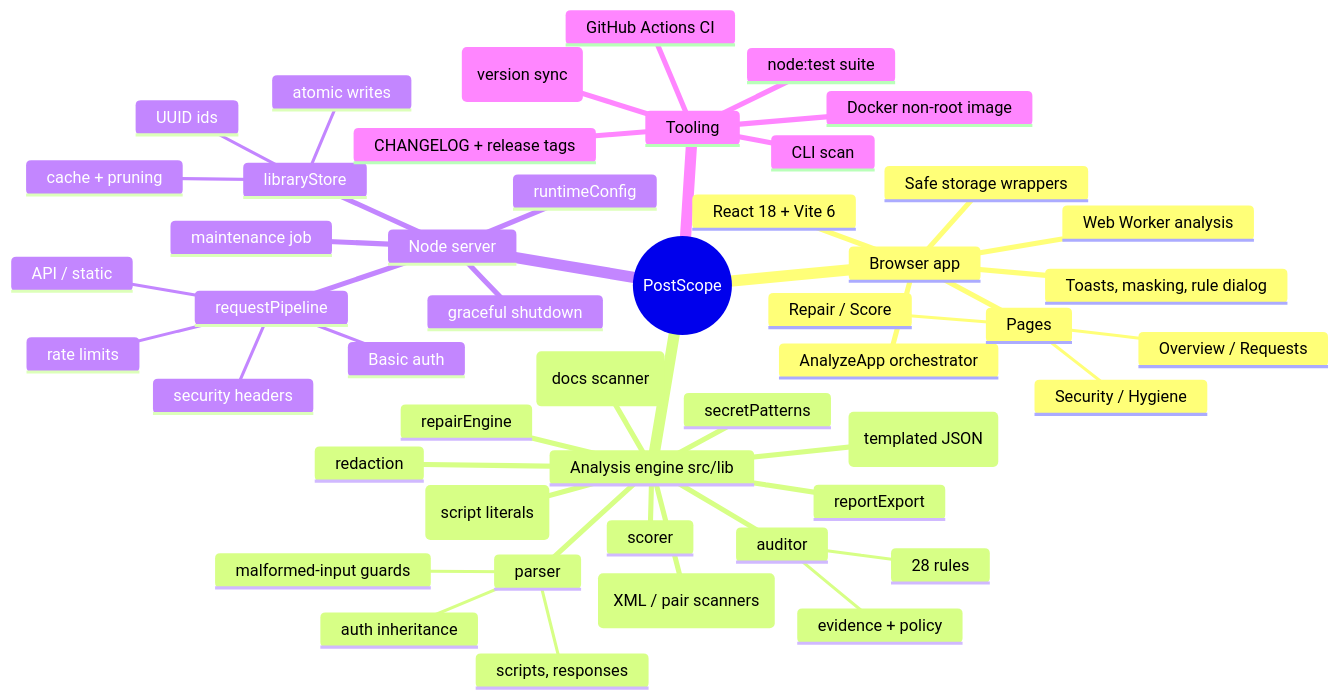
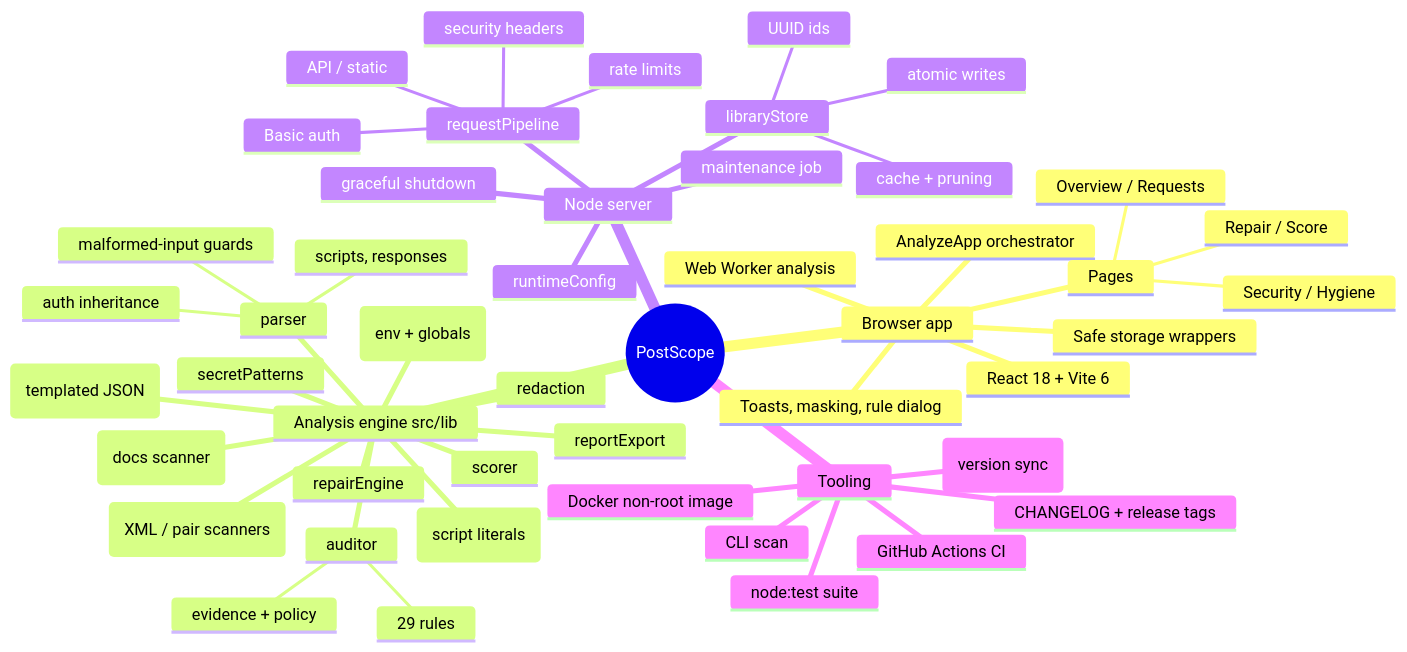
One commit to winksen/Postscope-App changed the first of 2 diagrams in docs/mindmap/TECHNICAL_MINDMAP.md. Above: the diagram before and after it, drawn with Mermaid. The commit also changed other lines of this file and 28 other files, not shown here.

````diff
--- a/docs/mindmap/TECHNICAL_MINDMAP.md
+++ b/docs/mindmap/TECHNICAL_MINDMAP.md
@@ -11,51 +11,52 @@
 ```mermaid
 mindmap
   root((PostScope))
     Browser app
       React 18 + Vite 6
       AnalyzeApp orchestrator
       Pages
         Overview / Requests
         Security / Hygiene
         Repair / Score
       Web Worker analysis
       Toasts, masking, rule dialog
       Safe storage wrappers
     Analysis engine src/lib
       parser
         auth inheritance
         scripts, responses
         malformed-input guards
       auditor
-        28 rules
+        29 rules
         evidence + policy
       jsonBody (templated JSON)
       rawBody (XML / pair scanners)
       descriptions (docs scanner)
       scriptSecrets (script literals)
+      environment (env + globals)
       secretPatterns
       scorer
       repairEngine
       redaction
       reportExport
     Node server
       requestPipeline
         security headers
         Basic auth
         rate limits
         API / static
       libraryStore
         UUID ids
         atomic writes
         cache + pruning
       runtimeConfig
       maintenance job
       graceful shutdown
     Tooling
       CLI scan
       node:test suite
       GitHub Actions CI
       Docker non-root image
       release:check (version sync)
       CHANGELOG + release tags
 ```
````
